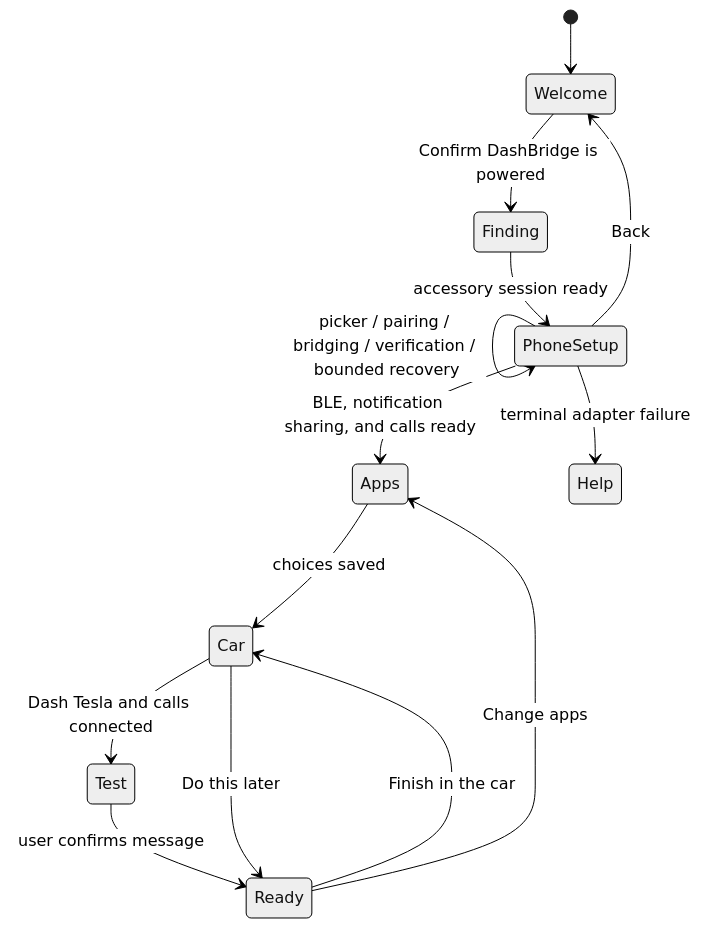
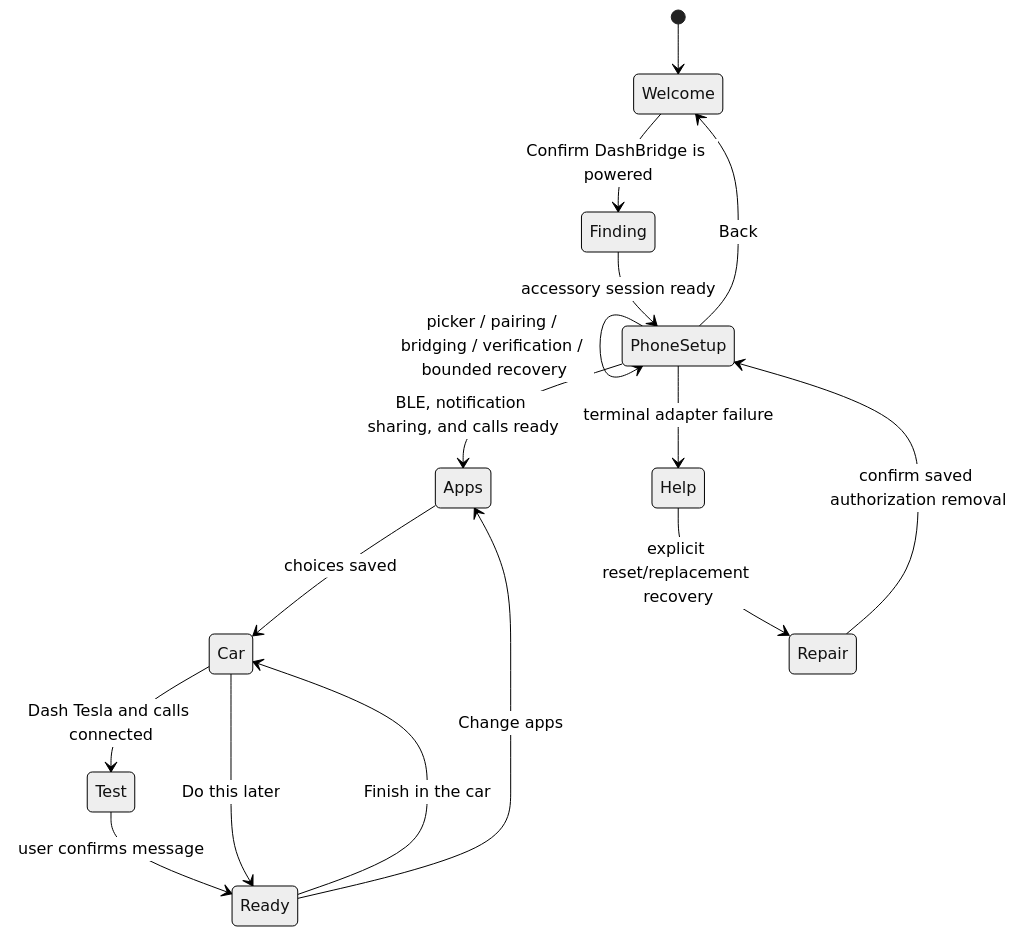
Before and after one commit to thomasgregg/DashBridge: the second of 2 diagrams in ios/ARCHITECTURE.md, drawn with Mermaid (neutral theme). The commit also changed other lines of this file and 26 other files, not shown here.

Commit message:
Make iPhone accessory setup recoverable

````diff
--- a/ios/ARCHITECTURE.md
+++ b/ios/ARCHITECTURE.md
@@ -66,16 +66,18 @@
 ```mermaid
 stateDiagram-v2
     [*] --> Welcome
     Welcome --> Finding: Confirm DashBridge is powered
     Finding --> PhoneSetup: accessory session ready
     PhoneSetup --> PhoneSetup: picker / pairing / bridging / verification / bounded recovery
     PhoneSetup --> Apps: BLE, notification sharing, and calls ready
     Apps --> Car: choices saved
     Car --> Test: Dash Tesla and calls connected
     Car --> Ready: Do this later
     Test --> Ready: user confirms message
     Ready --> Apps: Change apps
     Ready --> Car: Finish in the car
     PhoneSetup --> Help: terminal adapter failure
+    Help --> Repair: explicit reset/replacement recovery
+    Repair --> PhoneSetup: confirm saved authorization removal
     PhoneSetup --> Welcome: Back
 ```
````
